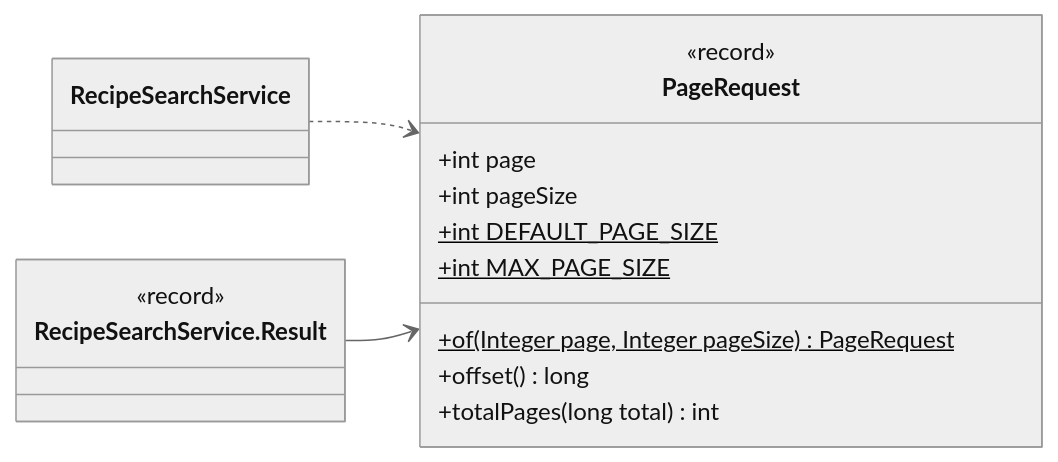
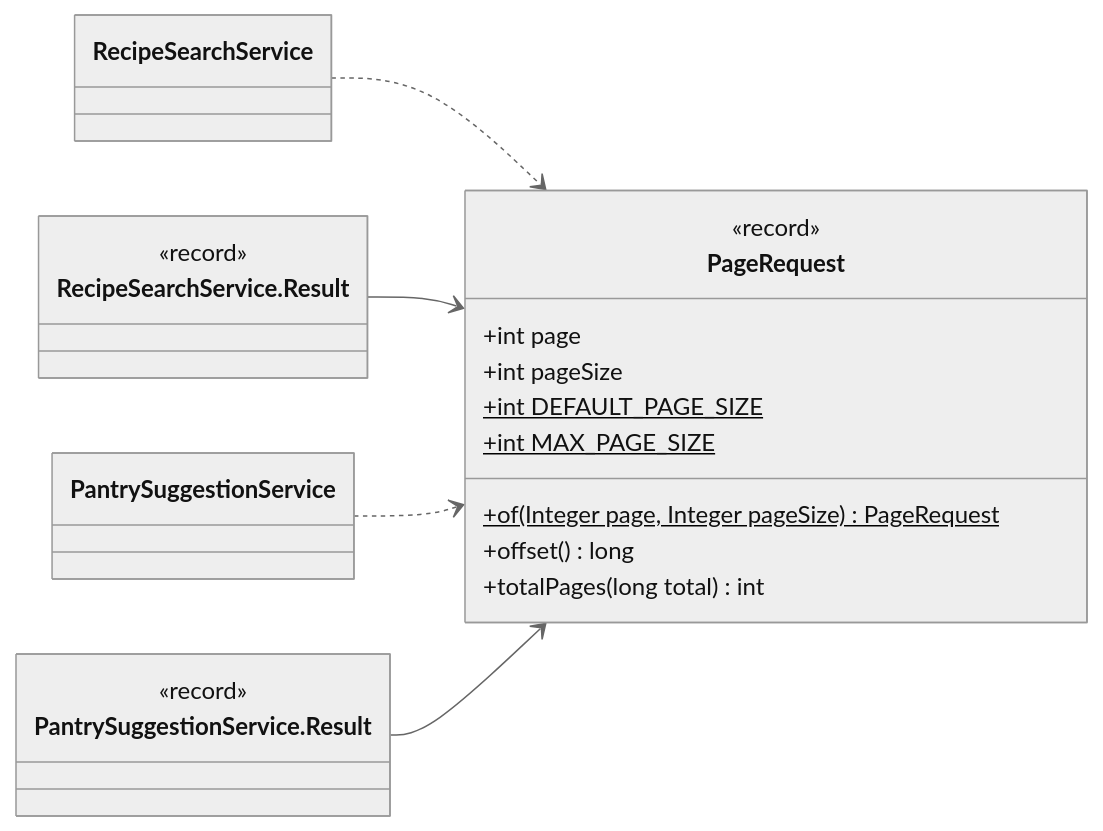
One commit to Nate-ryan-7690/dahaem changed the fourth of 8 diagrams in docs/classes/shared.md. Above: the diagram before and after it, drawn with Mermaid (neutral theme). The commit also changed other lines of this file and 23 other files, not shown here.

First line of the commit message:
Pantry-first suggestions: GET /api/suggestions/pantry (use up the pantry, fewest to buy, offers per store)

````diff
--- a/docs/classes/shared.md
+++ b/docs/classes/shared.md
@@ -120,20 +120,26 @@
 ```mermaid
 classDiagram
     direction LR
     class shared_PageRequest["PageRequest"] {
         <<record>>
         +int page
         +int pageSize
         +int DEFAULT_PAGE_SIZE$
         +int MAX_PAGE_SIZE$
         +of(Integer page, Integer pageSize) PageRequest$
         +offset() long
         +totalPages(long total) int
     }
     class mealplanner_RecipeSearchService_Result["RecipeSearchService.Result"] {
         <<record>>
     }
+    class suggestions_PantrySuggestionService_Result["PantrySuggestionService.Result"] {
+        <<record>>
+    }
     class mealplanner_RecipeSearchService["RecipeSearchService"]
+    class suggestions_PantrySuggestionService["PantrySuggestionService"]
     mealplanner_RecipeSearchService ..> shared_PageRequest
     mealplanner_RecipeSearchService_Result --> shared_PageRequest
+    suggestions_PantrySuggestionService ..> shared_PageRequest
+    suggestions_PantrySuggestionService_Result --> shared_PageRequest
 ```
````
